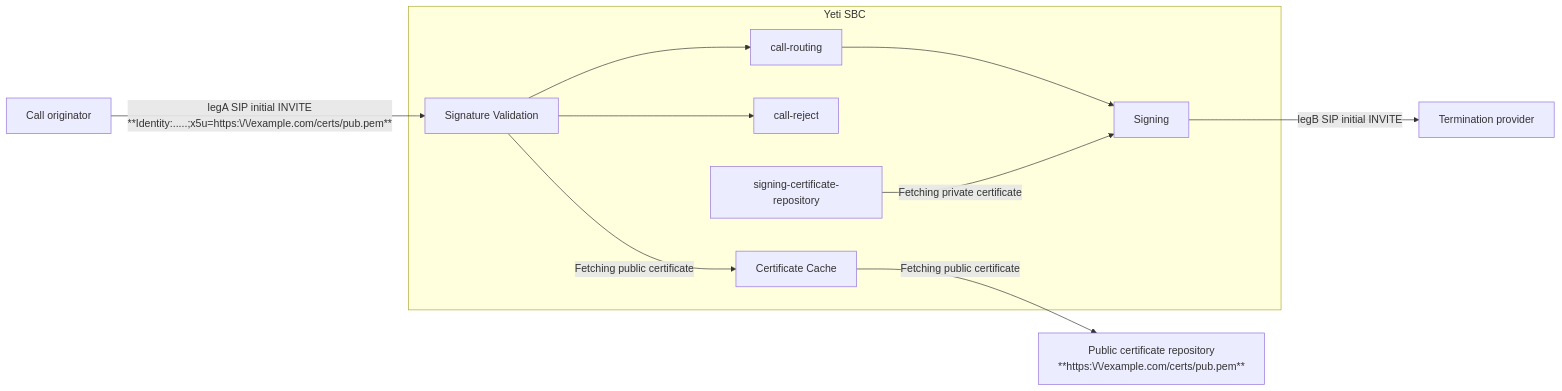
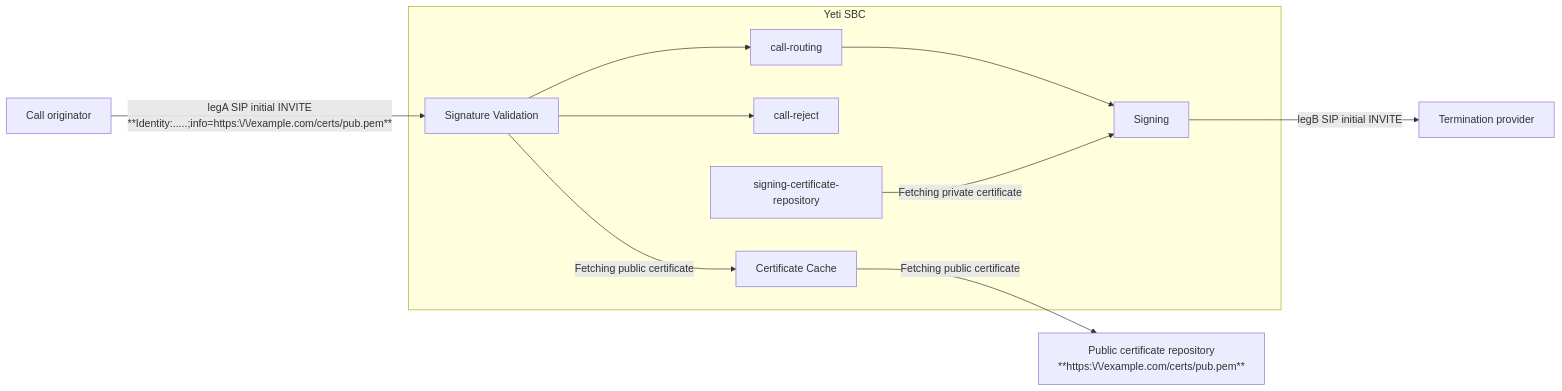
Before and after one commit to yeti-switch/doc: the diagram in en/best-practices/stir-shaken.rst, drawn with Mermaid. The commit also changed other lines of this file and 2 other files, not shown here.

```diff
--- a/en/best-practices/stir-shaken.rst
+++ b/en/best-practices/stir-shaken.rst
@@ -12,32 +12,32 @@
 .. mermaid::
 
     graph LR
         gw1[Call originator]
         gw2[Termination provider]
 
 
-        gw1 -->|legA SIP initial INVITE<br>**Identity:.....;x5u=https:\/\/example.com/certs/pub.pem**| validation-logic
+        gw1 -->|legA SIP initial INVITE<br>**Identity:.....;info=https:\/\/example.com/certs/pub.pem**| validation-logic
         validation-logic --> call-routing
         validation-logic --> call-reject
         call-routing --> signing-logic
 
         signing-logic -->|legB SIP initial INVITE| gw2
 
         signing-certificate-repository -->|Fetching private certificate| signing-logic
 
 
         public-certificate-repository[Public certificate repository<br>**https:\/\/example.com/certs/pub.pem**]
         public-certificate-cache[Certificate Cache]
 
         validation-logic -->|Fetching public certificate| public-certificate-cache
         public-certificate-cache -->|Fetching public certificate| public-certificate-repository
 
 
         subgraph yeti[Yeti SBC]
             validation-logic[Signature Validation]
             public-certificate-cache
             signing-certificate-repository
             signing-logic[Signing]
             call-routing
             call-reject
         end
```
